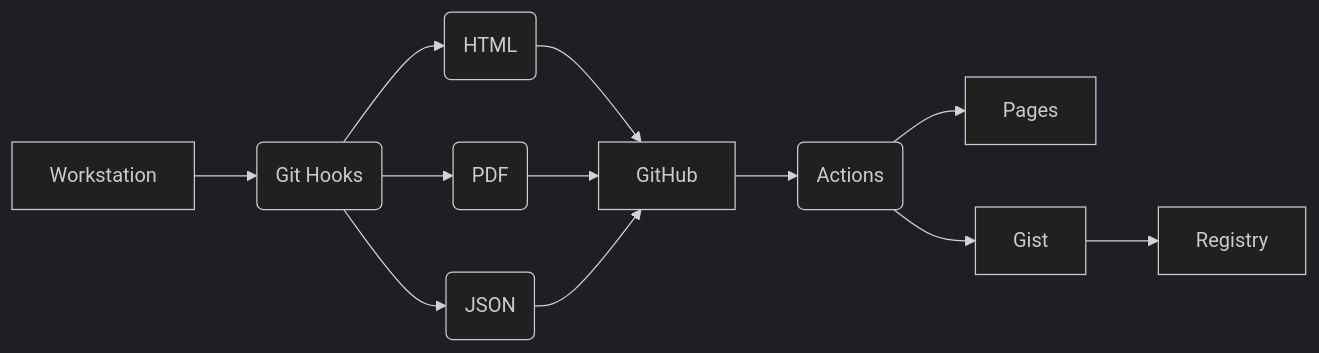
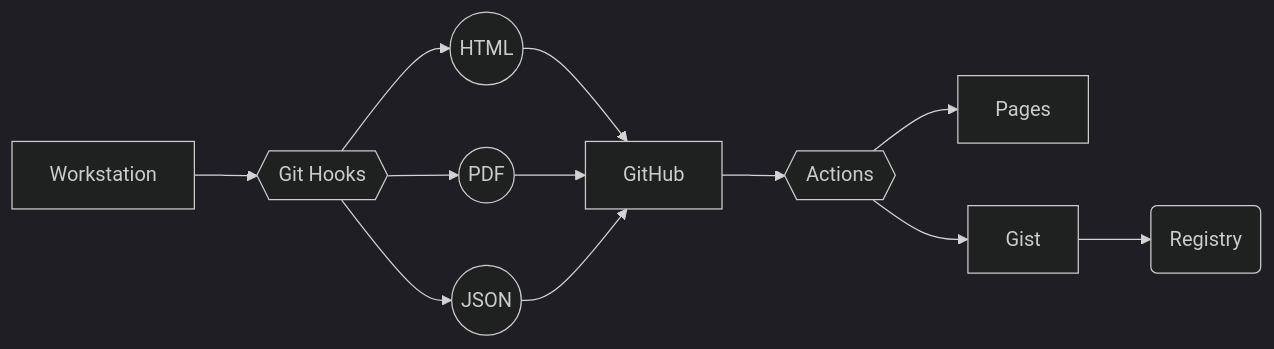
The diagram in README.md (weshenderson/weshenderson.github.io), drawn with Mermaid (dark theme) before and after one commit. The commit also changed other lines of this file, not shown here.

Commit message:
Correcting flowchart; adding new symbols; adding link.

````diff
--- a/README.md
+++ b/README.md
@@ -13,14 +13,14 @@
 ```mermaid
-flowchart LR;
-    A[Workstation]-->B(Git Hooks);
-    B-->C(HTML);
-    B-->D(PDF);
-    B-->E(JSON);
+flowchart LR
+    A[Workstation]-->B{{Git Hooks}};
+    B-->C((HTML));
+    B-->D((PDF));
+    B-->E((JSON));
     C-->F[GitHub];
     D-->F[GitHub];
     E-->F[GitHub];
-    F-->G(Actions);
+    F-->G{{Actions}};
     G-->H[Pages];
     G-->I[Gist];
-    I-->J[Registry];
+    I-->J(Registry);
 ```
````
